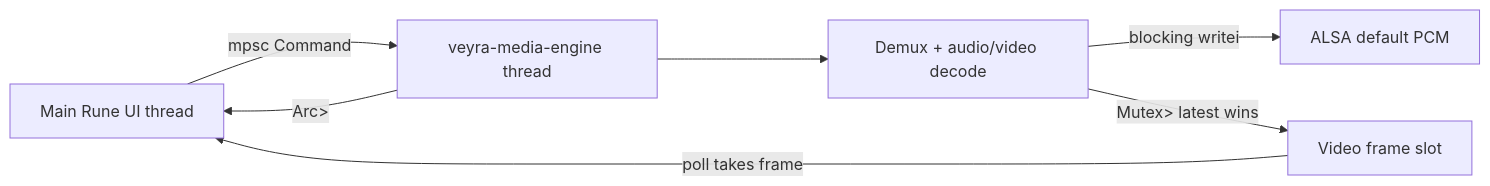
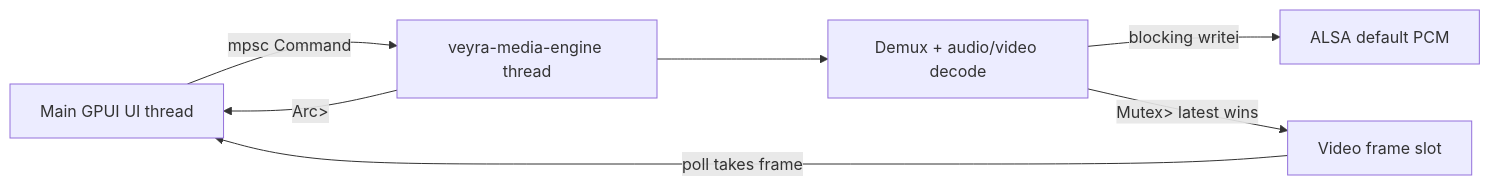
Before and after one commit to Nguyentudung/veyra: the diagram in docs/media-pipeline-report.md, drawn with Mermaid. The commit also changed other lines of this file and 45 other files, not shown here.

Commit message:
v0.0.25: change the graphics library to gpui

````diff
--- a/docs/media-pipeline-report.md
+++ b/docs/media-pipeline-report.md
@@ -51,9 +51,9 @@
 ```mermaid
 flowchart LR
-  UI[Main Rune UI thread] -->|mpsc Command| W[veyra-media-engine thread]
+  UI[Main GPUI UI thread] -->|mpsc Command| W[veyra-media-engine thread]
   W --> D[Demux + audio/video decode]
   D -->|blocking writei| A[ALSA default PCM]
   D -->|Mutex<Option<VideoFrame>> latest wins| F[Video frame slot]
   F -->|poll takes frame| UI
   W -->|Arc<Mutex<Snapshot>>| UI
 ```
````
